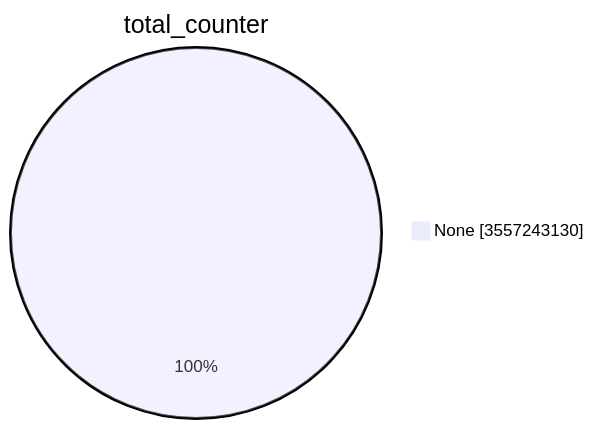
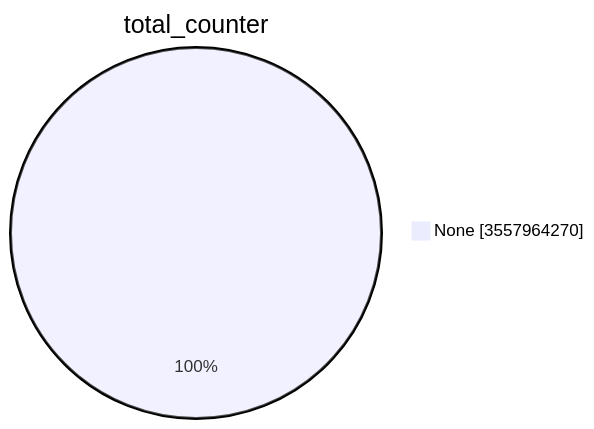
One commit to christiankrug/ctmonitor_visualization changed the first of 15 diagrams in TOTAL/README.md. Above: the diagram before and after it, drawn with Mermaid. The commit also changed other lines of this file, not shown here.

````diff
--- a/TOTAL/README.md
+++ b/TOTAL/README.md
@@ -1,5 +1,5 @@
 ```mermaid
 pie showData
 title total_counter
-"None" :3557243130
+"None" :3557964270
 ```
````
